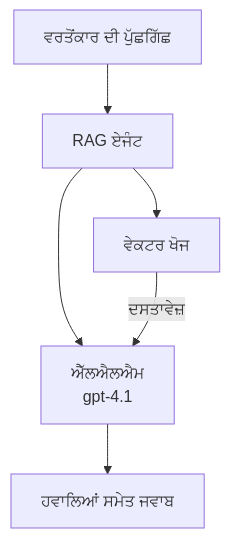
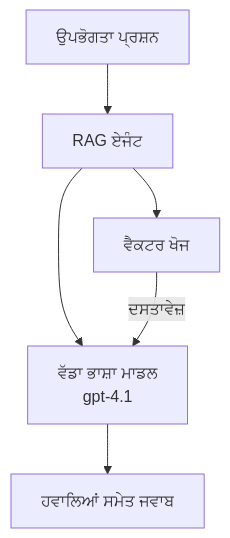
Before and after one commit to microsoft/AZD-for-beginners: the second of 3 diagrams in translations/pa/docs/chapter-02-ai-development/agents.md, drawn with Mermaid. The commit also changed other lines of this file and 104 other files, not shown here.

````diff
--- a/translations/pa/docs/chapter-02-ai-development/agents.md
+++ b/translations/pa/docs/chapter-02-ai-development/agents.md
@@ -175,8 +181,8 @@
 ```mermaid
 graph TD
-    Query[ਵਰਤੋਂਕਾਰ ਦੀ ਪੁੱਛਗਿੱਛ] --> RAG[RAG ਏਜੰਟ]
-    RAG --> Vector[ਵੇਕਟਰ ਖੋਜ]
-    RAG --> LLM[ਐੱਲਐਲਐਮ<br/>gpt-4.1]
+    Query[ਉਪਭੋਗਤਾ ਪ੍ਰਸ਼ਨ] --> RAG[RAG ਏਜੰਟ]
+    RAG --> Vector[ਵੈਕਟਰ ਖੋਜ]
+    RAG --> LLM[ਵੱਡਾ ਭਾਸ਼ਾ ਮਾਡਲ<br/>gpt-4.1]
     Vector -- ਦਸਤਾਵੇਜ਼ --> LLM
     LLM --> Response[ਹਵਾਲਿਆਂ ਸਮੇਤ ਜਵਾਬ]
 ```
````
